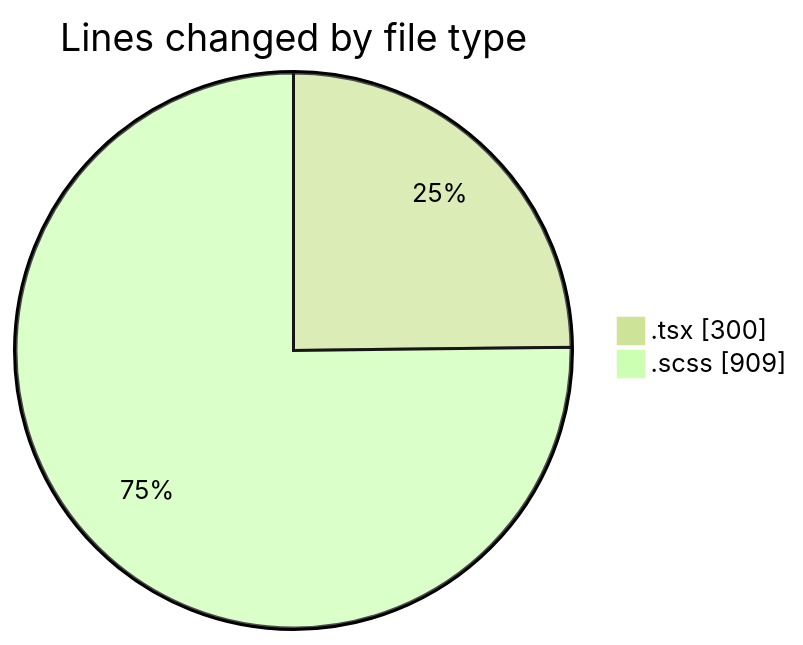
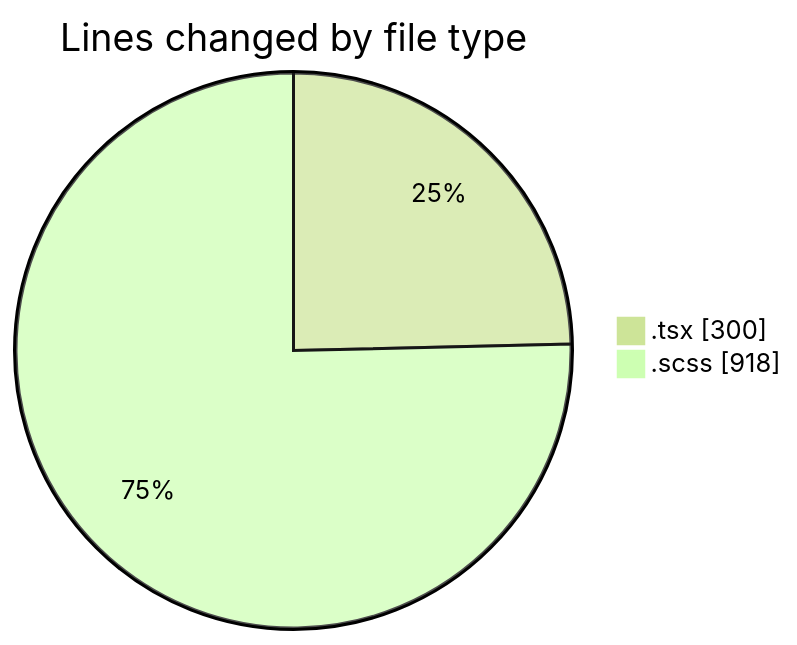
The first of 2 diagrams in 2025-09-19/cda/README.md (momahboobian/code-tracking), drawn with Mermaid (forest theme) before and after one commit. The commit also changed other lines of this file and 1 other file, not shown here.

````diff
--- a/2025-09-19/cda/README.md
+++ b/2025-09-19/cda/README.md
@@ -21,6 +21,6 @@
 ```mermaid
 pie showData
 title Lines changed by file type
 ".tsx" : 300
-".scss" : 909
+".scss" : 918
 ```
````
